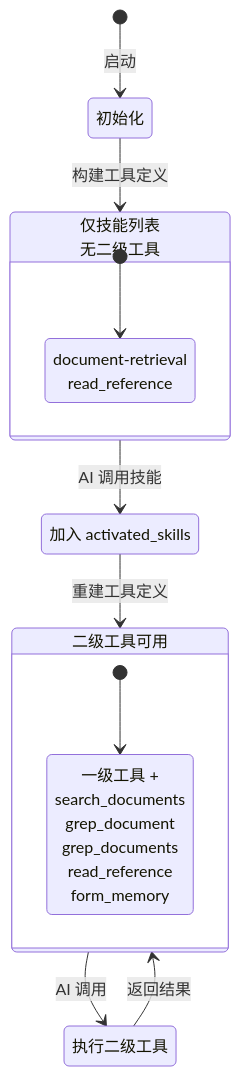
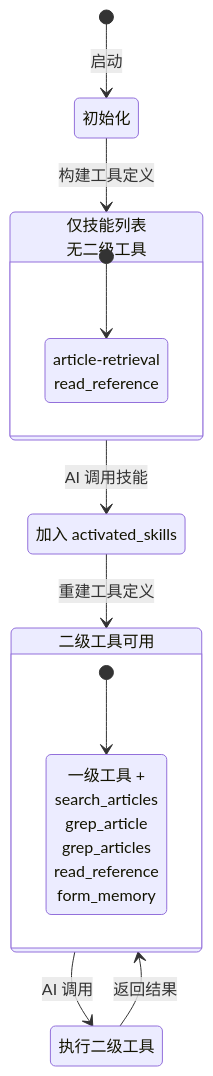
Before and after one commit to MEO-wj/OA_Reader_APP: the tenth of 12 diagrams in ai_end_refactor/README.md, drawn with Mermaid. The commit also changed other lines of this file and 48 other files, not shown here.

````diff
--- a/ai_end_refactor/README.md
+++ b/ai_end_refactor/README.md
@@ -621,25 +621,25 @@
 ```mermaid
 stateDiagram-v2
     [*] --> 初始化: 启动
 
     初始化 --> 一级工具: 构建工具定义
     一级工具: 仅技能列表<br/>无二级工具
 
     state 一级工具 {
         [*] --> 技能列表
-        技能列表: document-retrieval<br/>read_reference
+        技能列表: article-retrieval<br/>read_reference
     }
 
     一级工具 --> 技能已激活: AI 调用技能
     技能已激活: 加入 activated_skills
 
     技能已激活 --> 二级工具可用: 重建工具定义
 
     state 二级工具可用 {
         [*] --> 全部工具
-        全部工具: 一级工具 +<br/>search_documents<br/>grep_document<br/>grep_documents<br/>read_reference<br/>form_memory
+        全部工具: 一级工具 +<br/>search_articles<br/>grep_article<br/>grep_articles<br/>read_reference<br/>form_memory
     }
 
     二级工具可用 --> 执行二级工具: AI 调用
     执行二级工具 --> 二级工具可用: 返回结果
 ```
````
